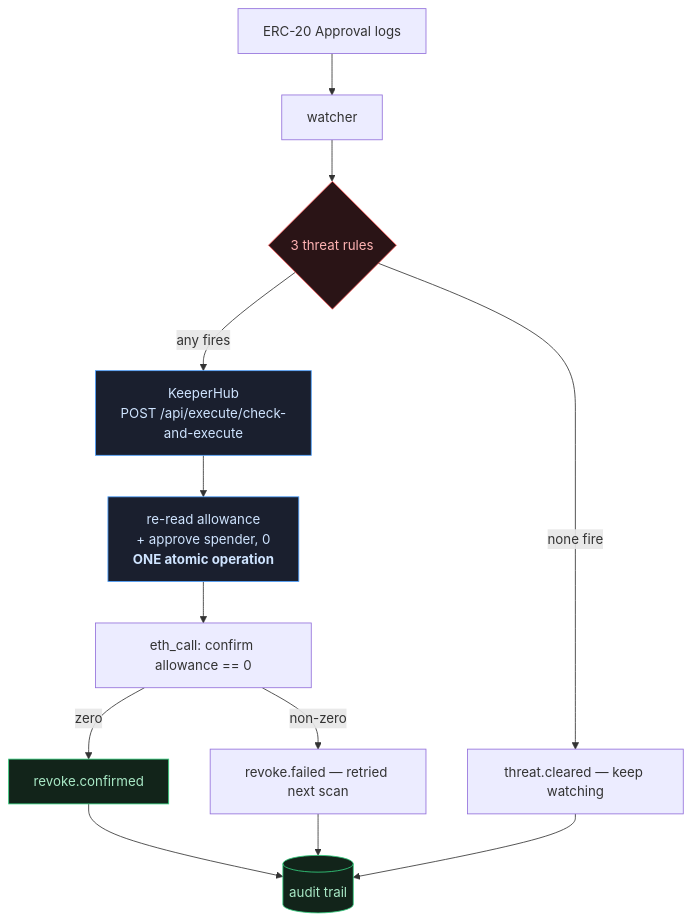
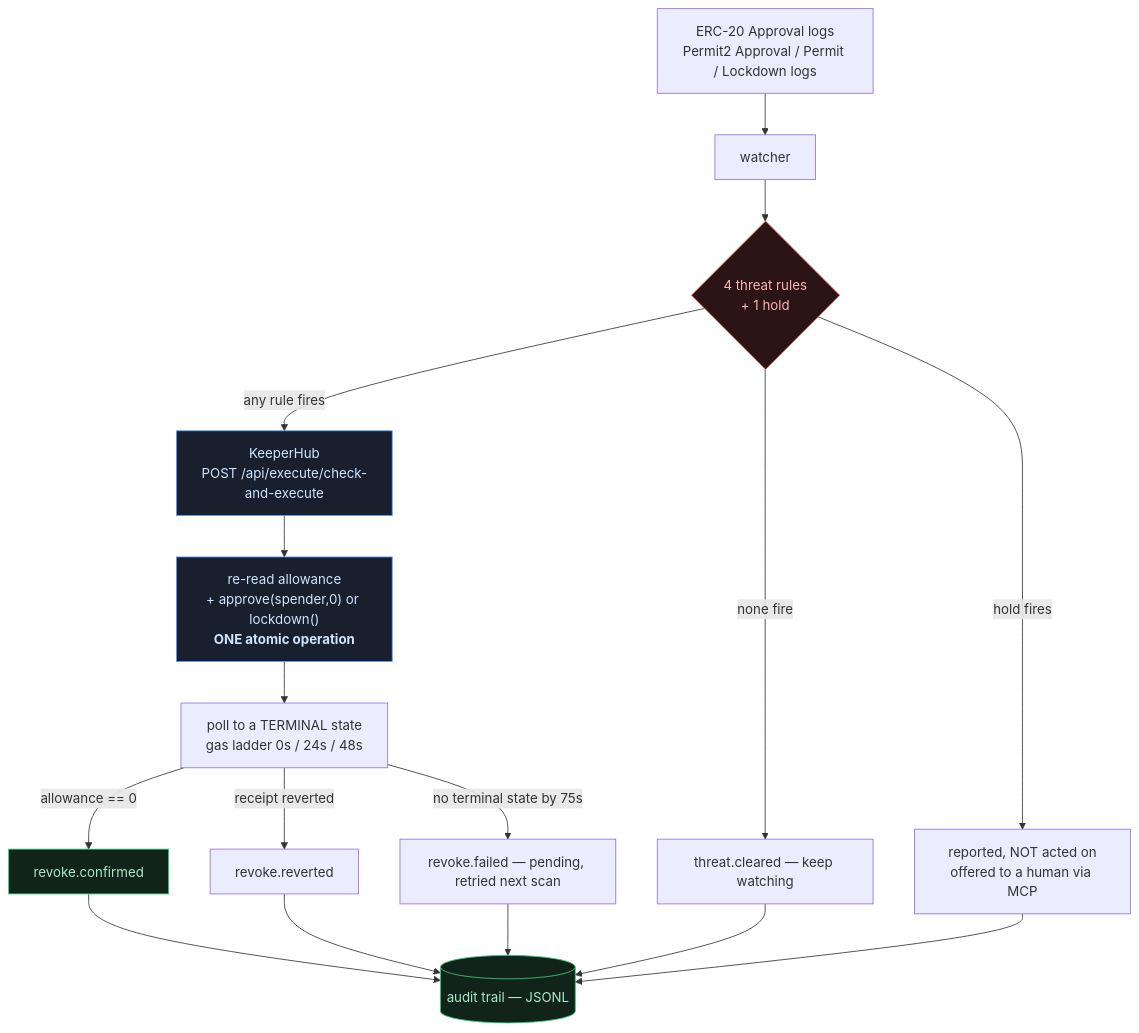
One commit to edycutjong/revoker changed the diagram in README.md. Above: the diagram before and after it, drawn with Mermaid. The commit also changed other lines of this file and 53 other files, not shown here.

First line of the commit message:
Audit fixes: prove Permit2 on-chain, retract three false claims, bound the retry loop (#28)

````diff
--- a/README.md
+++ b/README.md
@@ -114,21 +341,25 @@
 ```mermaid
 flowchart TD
-    A["ERC-20 Approval logs"] --> B[watcher]
-    B --> C{3 threat rules}
+    A["ERC-20 Approval logs<br/>Permit2 Approval / Permit / Lockdown logs"] --> B[watcher]
+    B --> C{"4 threat rules<br/>+ 1 hold"}
     C -->|none fire| D["threat.cleared — keep watching"]
-    C -->|any fires| E["KeeperHub<br/>POST /api/execute/check-and-execute"]
-    E --> F["re-read allowance<br/>+ approve spender, 0<br/><b>ONE atomic operation</b>"]
-    F --> G["eth_call: confirm allowance == 0"]
-    G -->|zero| H["revoke.confirmed"]
-    G -->|non-zero| I["revoke.failed — retried next scan"]
-    H --> J[("audit trail")]
+    C -->|hold fires| K["reported, NOT acted on<br/>offered to a human via MCP"]
+    C -->|any rule fires| E["KeeperHub<br/>POST /api/execute/check-and-execute"]
+    E --> F["re-read allowance<br/>+ approve(spender,0) or lockdown()<br/><b>ONE atomic operation</b>"]
+    F --> G["poll to a TERMINAL state<br/>gas ladder 0s / 24s / 48s"]
+    G -->|allowance == 0| H["revoke.confirmed"]
+    G -->|receipt reverted| I["revoke.reverted"]
+    G -->|no terminal state by 75s| P["revoke.failed — pending, retried next scan"]
+    H --> J[("audit trail — JSONL")]
     I --> J
+    P --> J
     D --> J
+    K --> J
 
     classDef threat fill:#2a1416,stroke:#ff5c5c,color:#ffb3b3
     classDef act fill:#1a1f2e,stroke:#4ea1ff,color:#cfe4ff
     classDef ok fill:#12241a,stroke:#35d07f,color:#a9e9c6
     class C threat
     class E,F act
     class H,J ok
 ```
````
